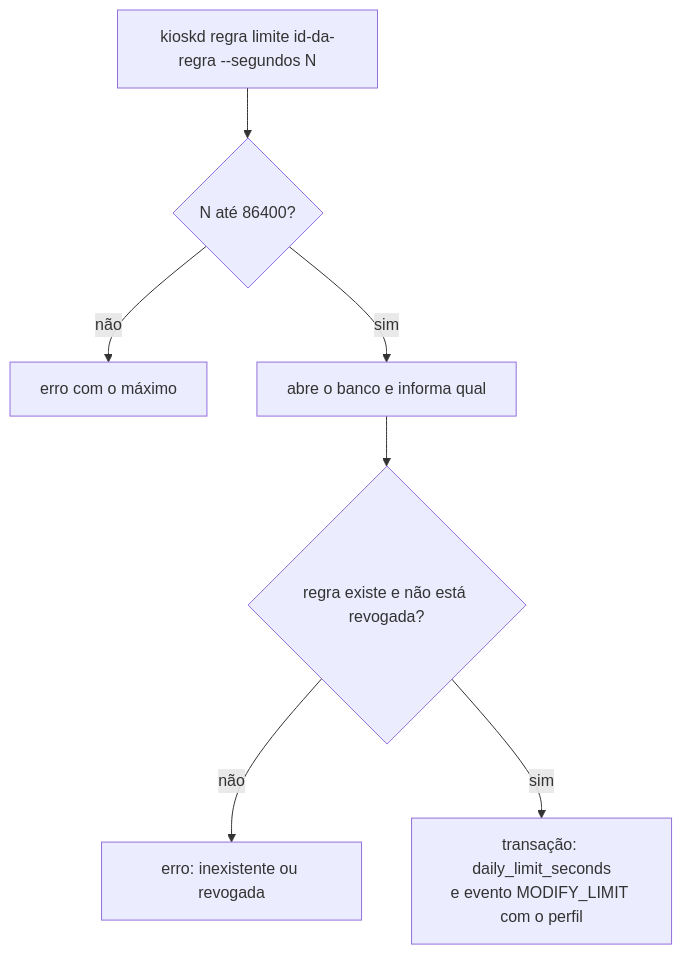
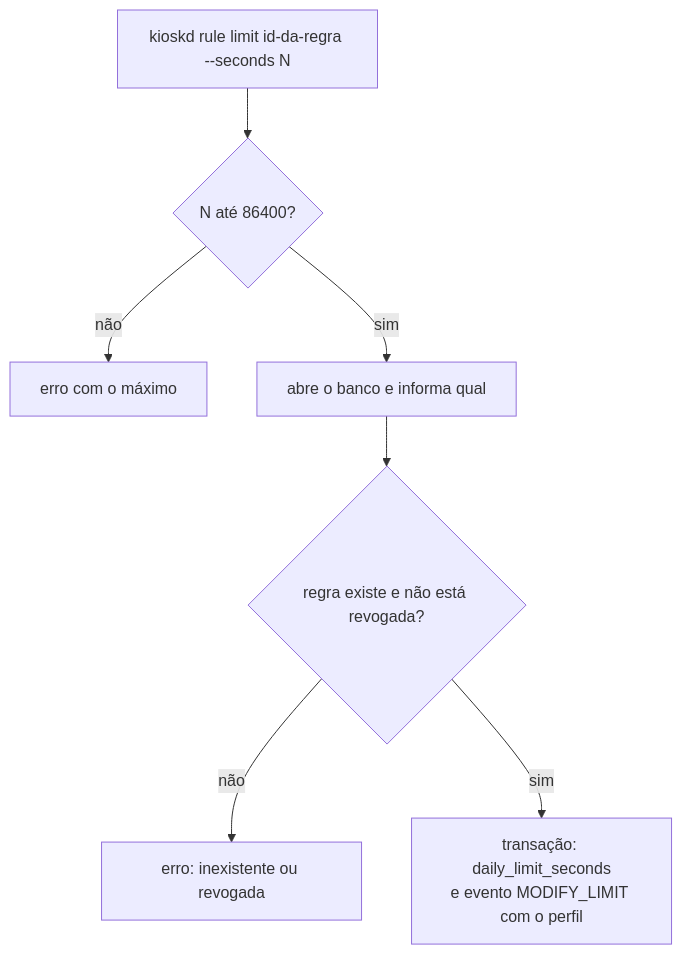
Diagram 16 of 28 in docs/architecture/fluxos-dos-comandos.md (jefersonlop3s/kiosk-engine), drawn with Mermaid before and after one commit. The commit also changed other lines of this file and 43 other files, not shown here.

````diff
--- a/docs/architecture/fluxos-dos-comandos.md
+++ b/docs/architecture/fluxos-dos-comandos.md
@@ -240,9 +240,9 @@
 ```mermaid
 flowchart TD
-    A["kioskd regra limite id-da-regra --segundos N"] --> B{"N até 86400?"}
+    A["kioskd rule limit id-da-regra --seconds N"] --> B{"N até 86400?"}
     B -->|não| E1["erro com o máximo"]
     B -->|sim| C["abre o banco e informa qual"]
     C --> D{"regra existe e não está revogada?"}
     D -->|não| E2["erro: inexistente ou revogada"]
     D -->|sim| F["transação: daily_limit_seconds<br/>e evento MODIFY_LIMIT com o perfil"]
 ```
````
